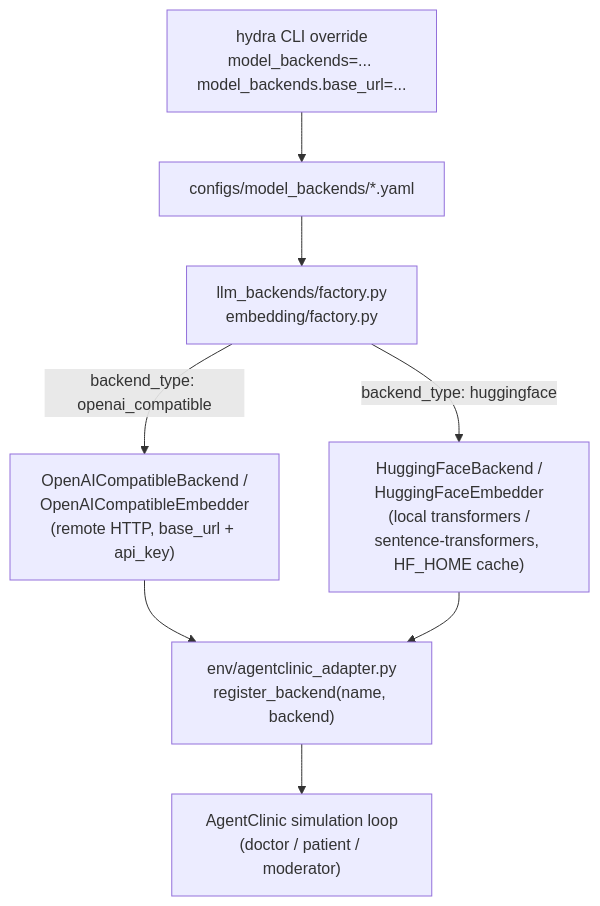
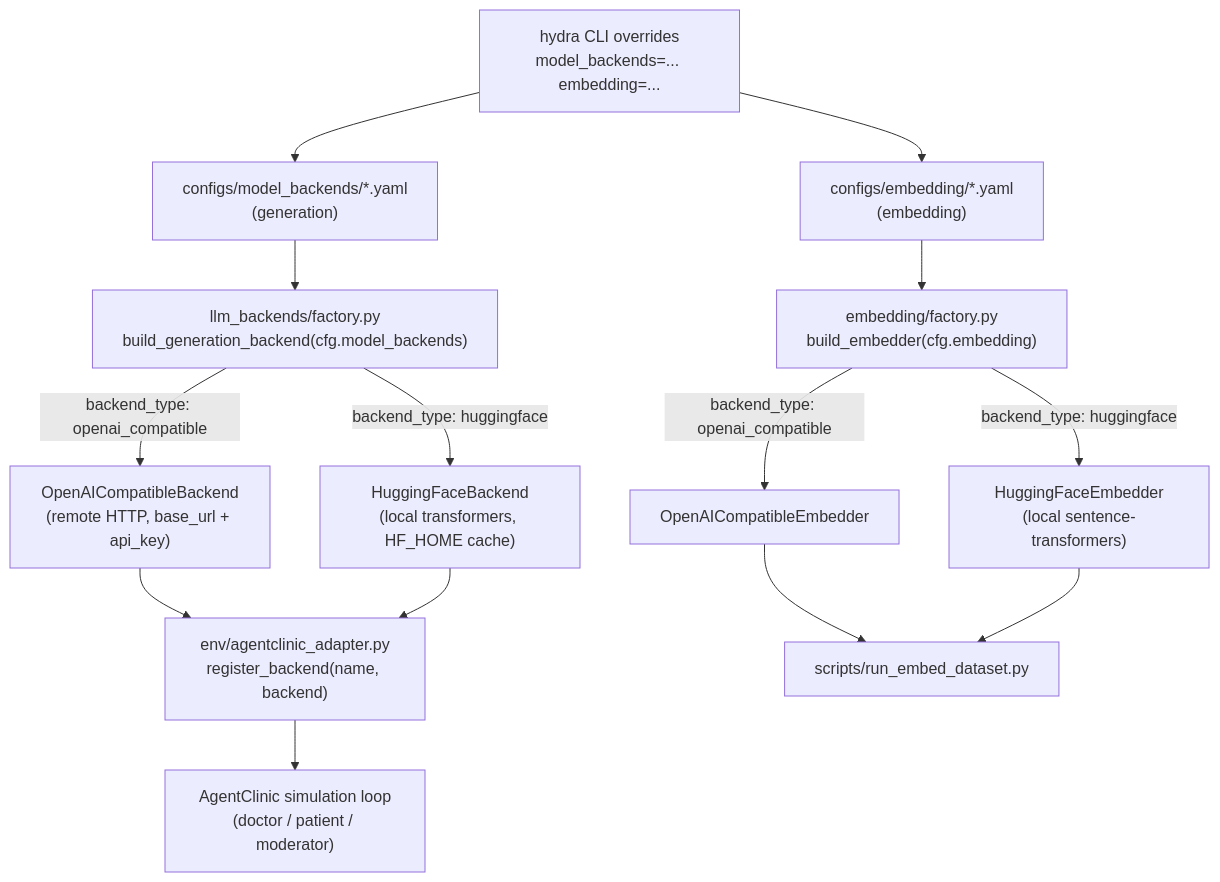
Before and after one commit to Abhineetsoccer/pnlc-agentclinic: the second of 3 diagrams in README.md, drawn with Mermaid. The commit also changed other lines of this file and 9 other files, not shown here.

````diff
--- a/README.md
+++ b/README.md
@@ -59,10 +63,16 @@
 ```mermaid
 flowchart TD
-    CLI["hydra CLI override\nmodel_backends=... model_backends.base_url=..."] --> Cfg["configs/model_backends/*.yaml"]
-    Cfg --> Factory["llm_backends/factory.py\nembedding/factory.py"]
-    Factory -->|backend_type: openai_compatible| OAI["OpenAICompatibleBackend /\nOpenAICompatibleEmbedder\n(remote HTTP, base_url + api_key)"]
-    Factory -->|backend_type: huggingface| HF["HuggingFaceBackend /\nHuggingFaceEmbedder\n(local transformers /\nsentence-transformers, HF_HOME cache)"]
+    CLI["hydra CLI overrides\nmodel_backends=... embedding=..."] --> Cfg1["configs/model_backends/*.yaml\n(generation)"]
+    CLI --> Cfg2["configs/embedding/*.yaml\n(embedding)"]
+    Cfg1 --> F1["llm_backends/factory.py\nbuild_generation_backend(cfg.model_backends)"]
+    Cfg2 --> F2["embedding/factory.py\nbuild_embedder(cfg.embedding)"]
+    F1 -->|backend_type: openai_compatible| OAI["OpenAICompatibleBackend\n(remote HTTP, base_url + api_key)"]
+    F1 -->|backend_type: huggingface| HF1["HuggingFaceBackend\n(local transformers, HF_HOME cache)"]
+    F2 -->|backend_type: openai_compatible| OAIE["OpenAICompatibleEmbedder"]
+    F2 -->|backend_type: huggingface| HF2["HuggingFaceEmbedder\n(local sentence-transformers)"]
     OAI --> Adapter["env/agentclinic_adapter.py\nregister_backend(name, backend)"]
-    HF --> Adapter
+    HF1 --> Adapter
     Adapter --> Sim["AgentClinic simulation loop\n(doctor / patient / moderator)"]
+    OAIE --> Embed["scripts/run_embed_dataset.py"]
+    HF2 --> Embed
 ```
````
